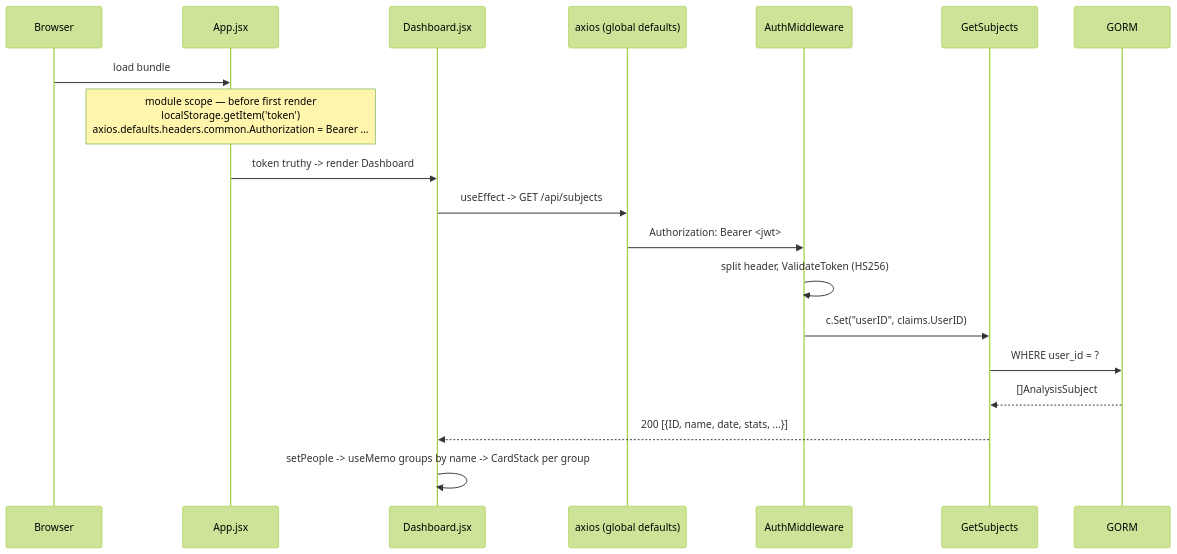
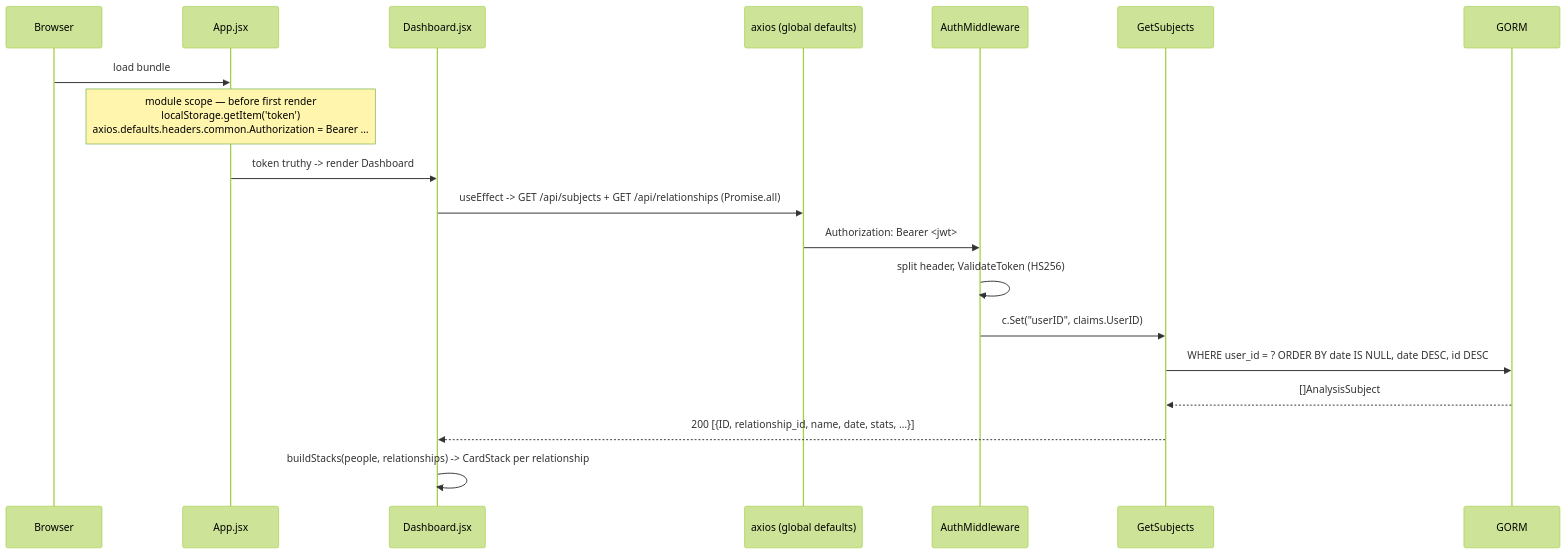
One commit to SirGrandmasterr/AlexithymiaLoveQuantifier changed the second of 3 diagrams in docs/02-architecture.md. Above: the diagram before and after it, drawn with Mermaid (forest theme). The commit also changed other lines of this file and 55 other files, not shown here.

````diff
--- a/docs/02-architecture.md
+++ b/docs/02-architecture.md
@@ -96,22 +96,22 @@
 ```mermaid
 sequenceDiagram
     participant B as Browser
     participant A as App.jsx
     participant D as Dashboard.jsx
     participant X as axios (global defaults)
     participant M as AuthMiddleware
     participant H as GetSubjects
     participant DB as GORM
 
     B->>A: load bundle
     Note over A: module scope — before first render<br/>localStorage.getItem('token')<br/>axios.defaults.headers.common.Authorization = Bearer …
     A->>D: token truthy -> render Dashboard
-    D->>X: useEffect -> GET /api/subjects
+    D->>X: useEffect -> GET /api/subjects + GET /api/relationships (Promise.all)
     X->>M: Authorization: Bearer <jwt>
     M->>M: split header, ValidateToken (HS256)
     M->>H: c.Set("userID", claims.UserID)
-    H->>DB: WHERE user_id = ?
+    H->>DB: WHERE user_id = ? ORDER BY date IS NULL, date DESC, id DESC
     DB-->>H: []AnalysisSubject
-    H-->>D: 200 [{ID, name, date, stats, …}]
-    D->>D: setPeople -> useMemo groups by name -> CardStack per group
+    H-->>D: 200 [{ID, relationship_id, name, date, stats, …}]
+    D->>D: buildStacks(people, relationships) -> CardStack per relationship
 ```
````
